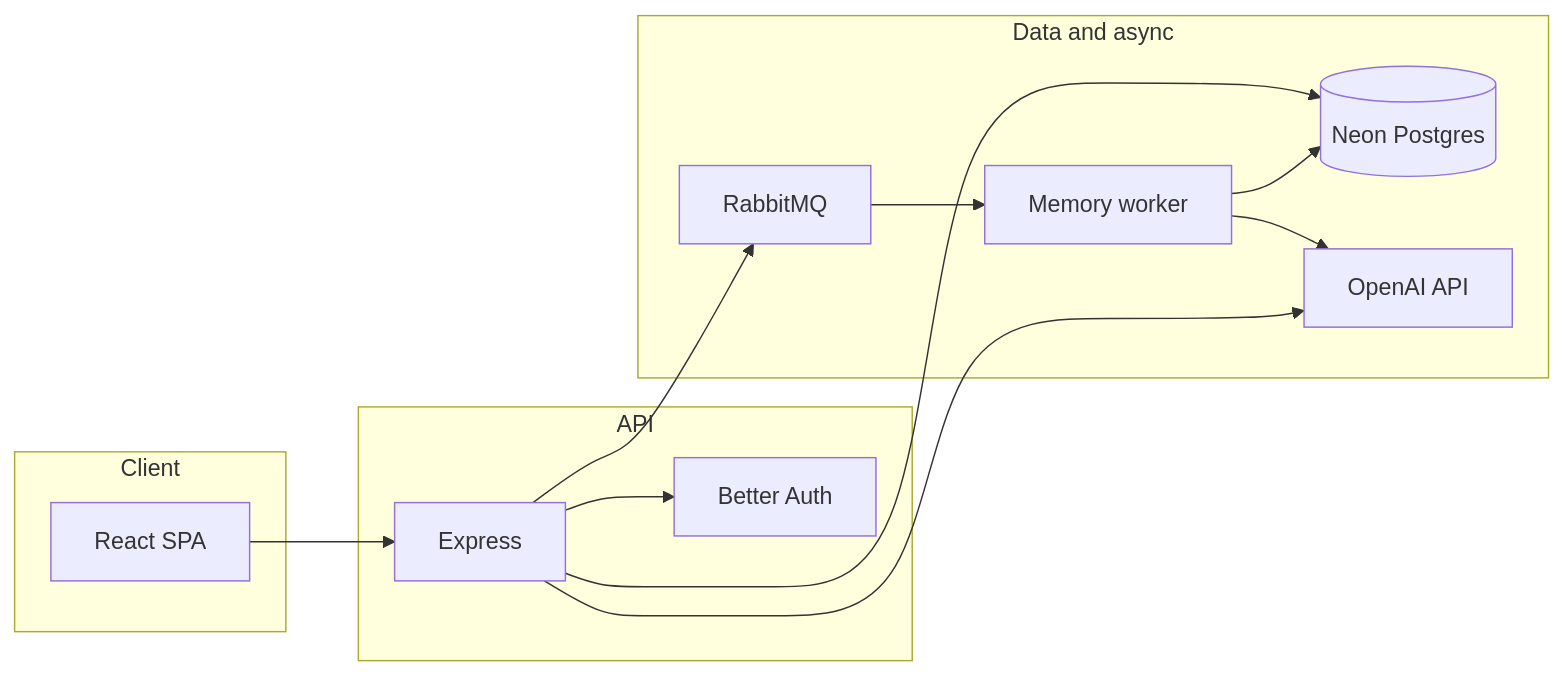
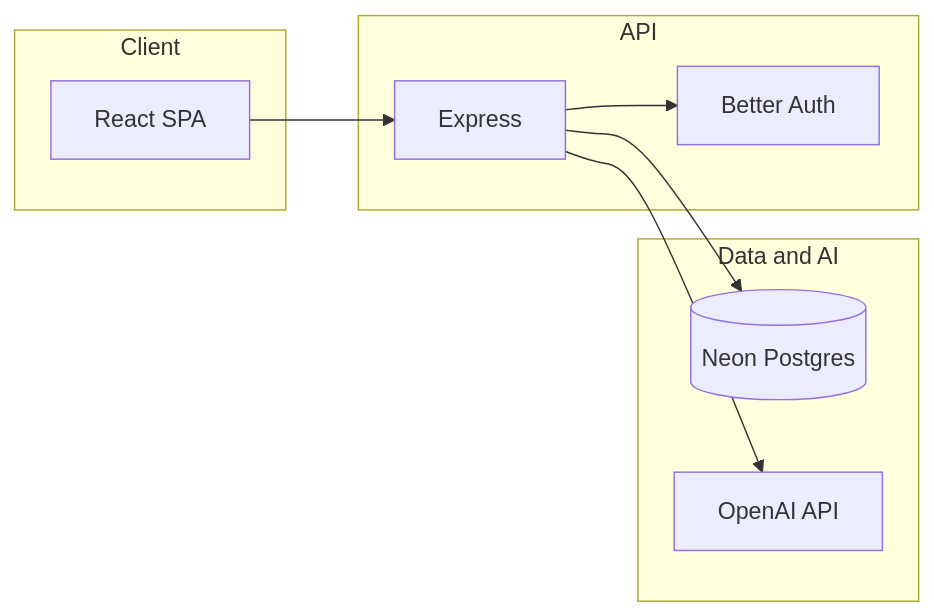
One commit to kepsteen/june-bugv2 changed the diagram in README.md. Above: the diagram before and after it, drawn with Mermaid. The commit also changed other lines of this file and 24 other files, not shown here.

Commit message:
remove rabbitmq and add system design diagrams

````diff
--- a/README.md
+++ b/README.md
@@ -25,24 +25,18 @@
 ```mermaid
 flowchart LR
   subgraph client [Client]
     SPA[React SPA]
   end
   subgraph api [API]
     Express[Express]
     Auth[Better Auth]
   end
-  subgraph data [Data and async]
+  subgraph data [Data and AI]
     PG[(Neon Postgres)]
-    RMQ[RabbitMQ]
-    Worker[Memory worker]
     OpenAI[OpenAI API]
   end
   SPA --> Express
   Express --> Auth
   Express --> PG
-  Express --> RMQ
-  RMQ --> Worker
-  Worker --> PG
-  Worker --> OpenAI
   Express --> OpenAI
 ```
````
